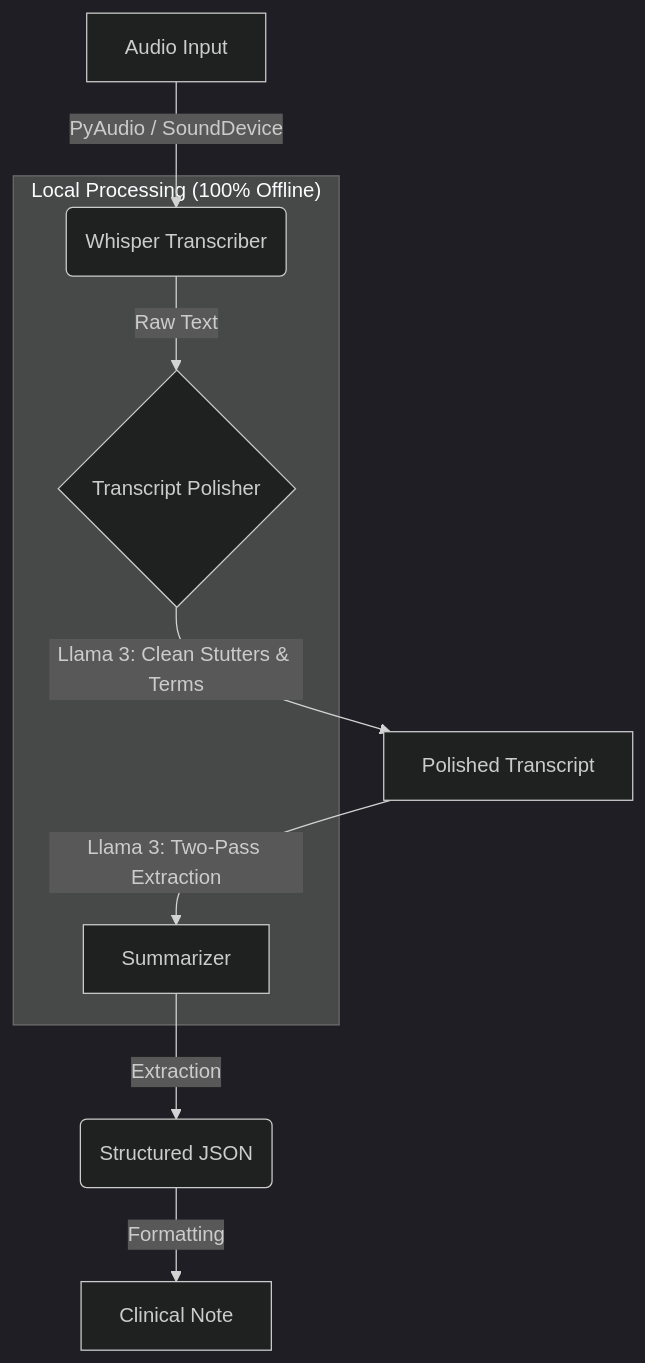
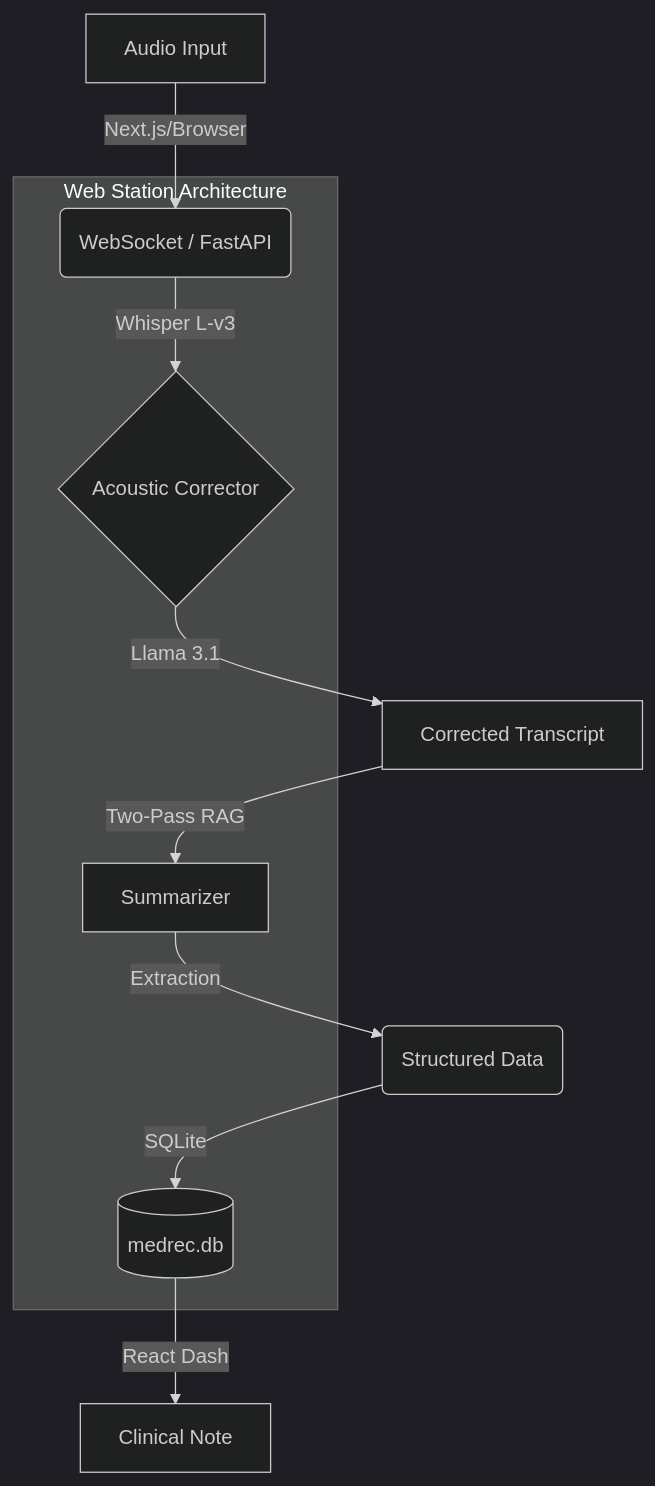
The diagram in ARCHITECTURE.md (Sasidhar-7302/GI_Scribe), drawn with Mermaid (dark theme) before and after one commit. The commit also changed other lines of this file and 1147 other files, not shown here.

````diff
--- a/ARCHITECTURE.md
+++ b/ARCHITECTURE.md
@@ -9,15 +9,17 @@
 ```mermaid
 graph TD
-    A[Audio Input] -->|PyAudio / SoundDevice| B(Whisper Transcriber)
-    B -->|Raw Text| C{Transcript Polisher}
-    C -->|Llama 3: Clean Stutters & Terms| D[Polished Transcript]
-    D -->|Llama 3: Two-Pass Extraction| E[Summarizer]
-    E -->|Extraction| F(Structured JSON)
-    F -->|Formatting| G[Clinical Note]
+    A[Audio Input] -->|Next.js/Browser| B(WebSocket / FastAPI)
+    B -->|Whisper L-v3| C{Acoustic Corrector}
+    C -->|Llama 3.1| D[Corrected Transcript]
+    D -->|Two-Pass RAG| E[Summarizer]
+    E -->|Extraction| F(Structured Data)
+    F -->|SQLite| G[(medrec.db)]
+    G -->|React Dash| H[Clinical Note]
     
-    subgraph "Local Processing (100% Offline)"
+    subgraph "Web Station Architecture"
     B
     C
     E
+    G
     end
 ```
````
